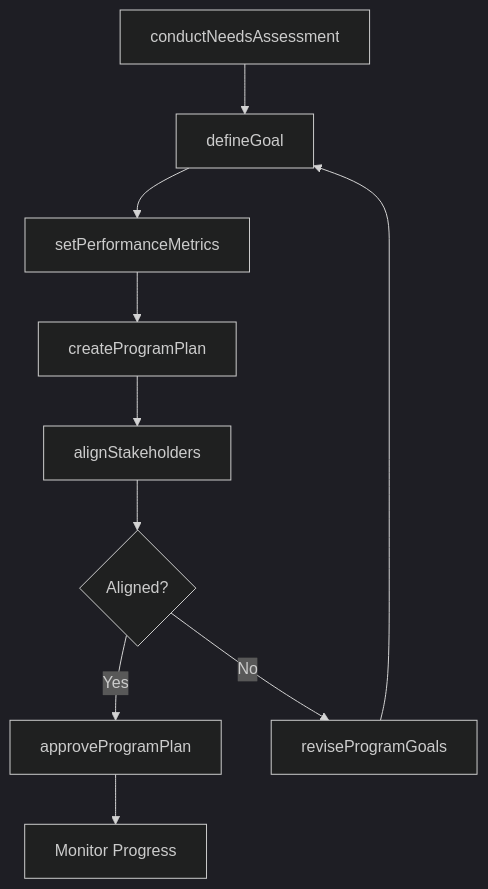
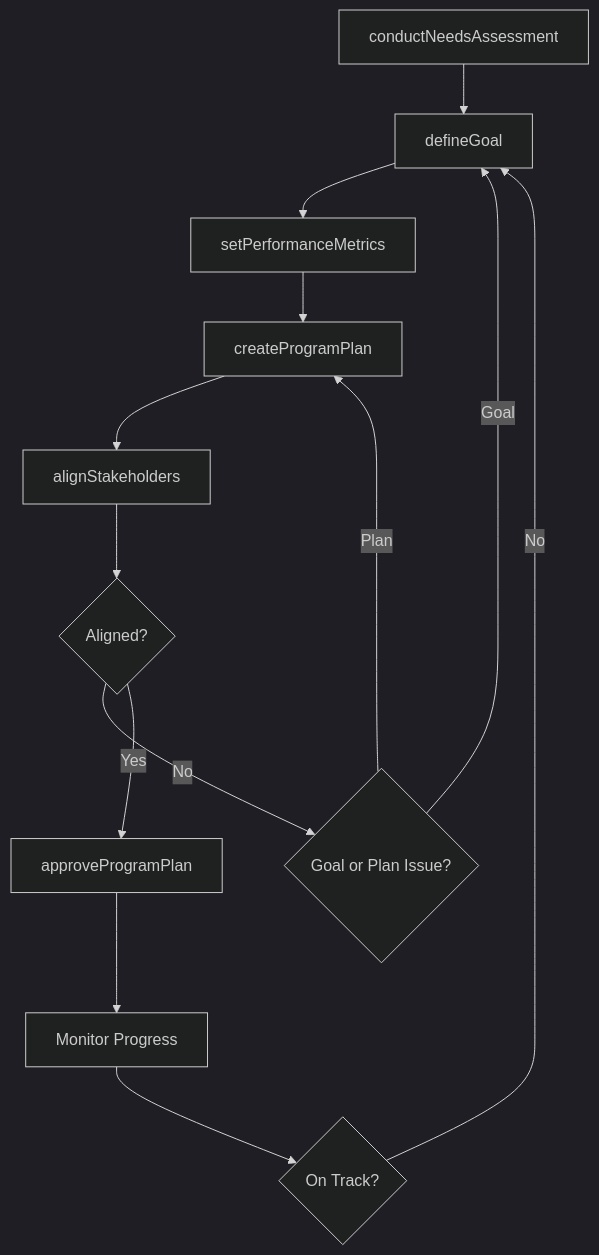
The third of 4 diagrams in ThinkingCreatively/DevelopOrganizationalOrProgramGoalsOrObjectives/DevelopProgramGoalsPlans.mdx (dot-org-ai/tasks.org.ai), drawn with Mermaid (dark theme) before and after one commit. The commit also changed other lines of this file and 504 other files, not shown here.

First line of the commit message:
feat: Add ER diagrams, state diagrams, and workflow improvements to 96 DWA task files

````diff
--- a/ThinkingCreatively/DevelopOrganizationalOrProgramGoalsOrObjectives/DevelopProgramGoalsPlans.mdx
+++ b/ThinkingCreatively/DevelopOrganizationalOrProgramGoalsOrObjectives/DevelopProgramGoalsPlans.mdx
@@ -86,12 +114,15 @@
 ```mermaid
 graph TD
     A[conductNeedsAssessment] --> B[defineGoal]
     B --> C[setPerformanceMetrics]
     C --> D[createProgramPlan]
     D --> E[alignStakeholders]
     E --> F{Aligned?}
-    F -->|Yes| G[approveProgramPlan]
-    F -->|No| H[reviseProgramGoals]
-    H --> B
-    G --> I[Monitor Progress]
+    F -->|No| G{Goal or Plan Issue?}
+    G -->|Goal| B
+    G -->|Plan| D
+    F -->|Yes| H[approveProgramPlan]
+    H --> I[Monitor Progress]
+    I --> J{On Track?}
+    J -->|No| B
 ```
````
